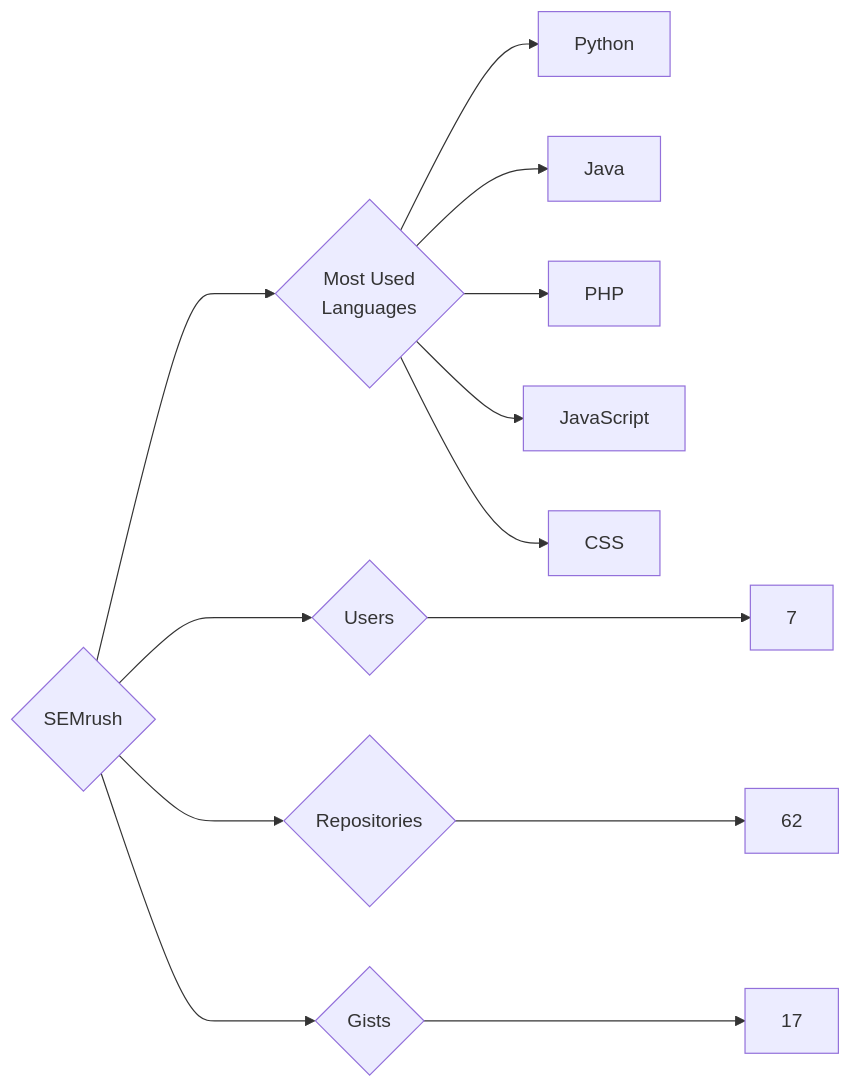
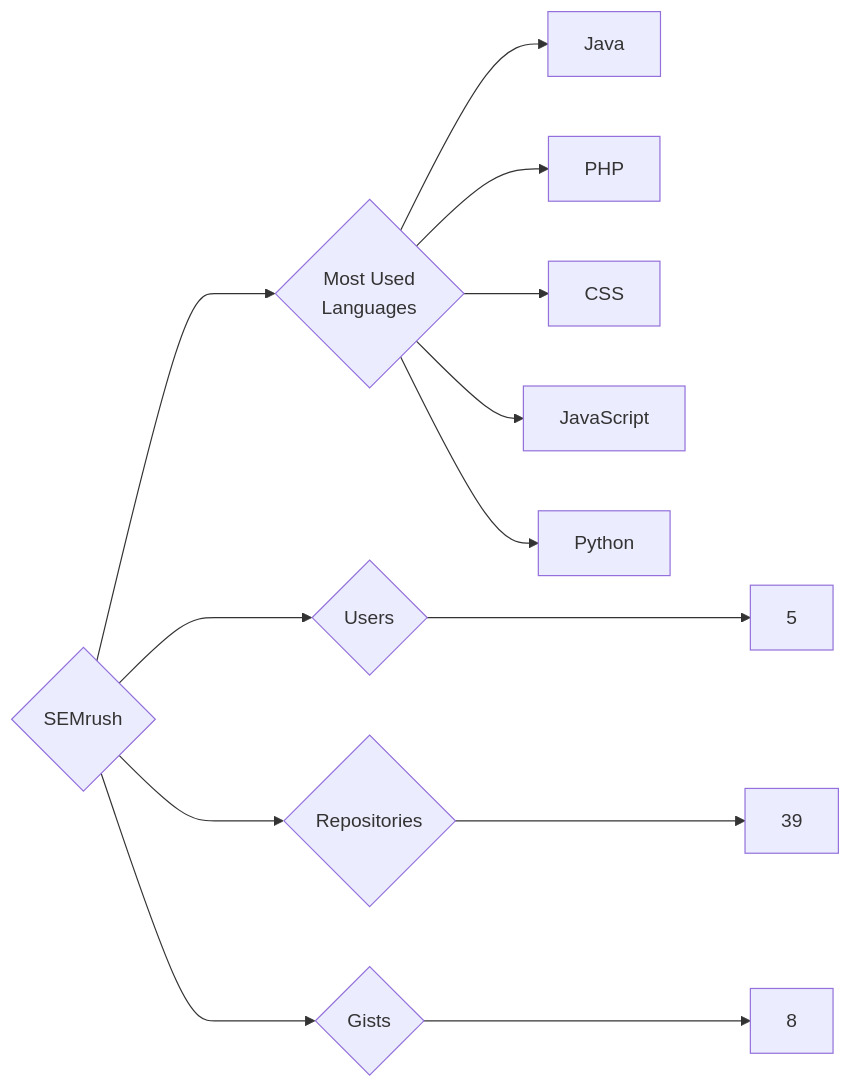
One commit to trickest/insiders changed the diagram in targets/SEMrush/README.md. Above: the diagram before and after it, drawn with Mermaid. The commit also changed 964 other files, not shown here.

````diff
--- a/targets/SEMrush/README.md
+++ b/targets/SEMrush/README.md
@@ -3,13 +3,13 @@
 ```mermaid
 graph LR
 COMPANY_NAME{SEMrush}
-COMPANY_NAME ---> U{Users} ---> UN[7]
-COMPANY_NAME ---> R{Repositories} ---> RN[62]
-COMPANY_NAME ---> G{Gists} ---> GN[17]
+COMPANY_NAME ---> U{Users} ---> UN[5]
+COMPANY_NAME ---> R{Repositories} ---> RN[39]
+COMPANY_NAME ---> G{Gists} ---> GN[8]
 COMPANY_NAME ---> ML{Most Used<br>Languages}
-ML --> Python[Python]
 ML --> Java[Java]
 ML --> PHP[PHP]
+ML --> CSS[CSS]
 ML --> JavaScript[JavaScript]
-ML --> CSS[CSS]
+ML --> Python[Python]
 ```
````
